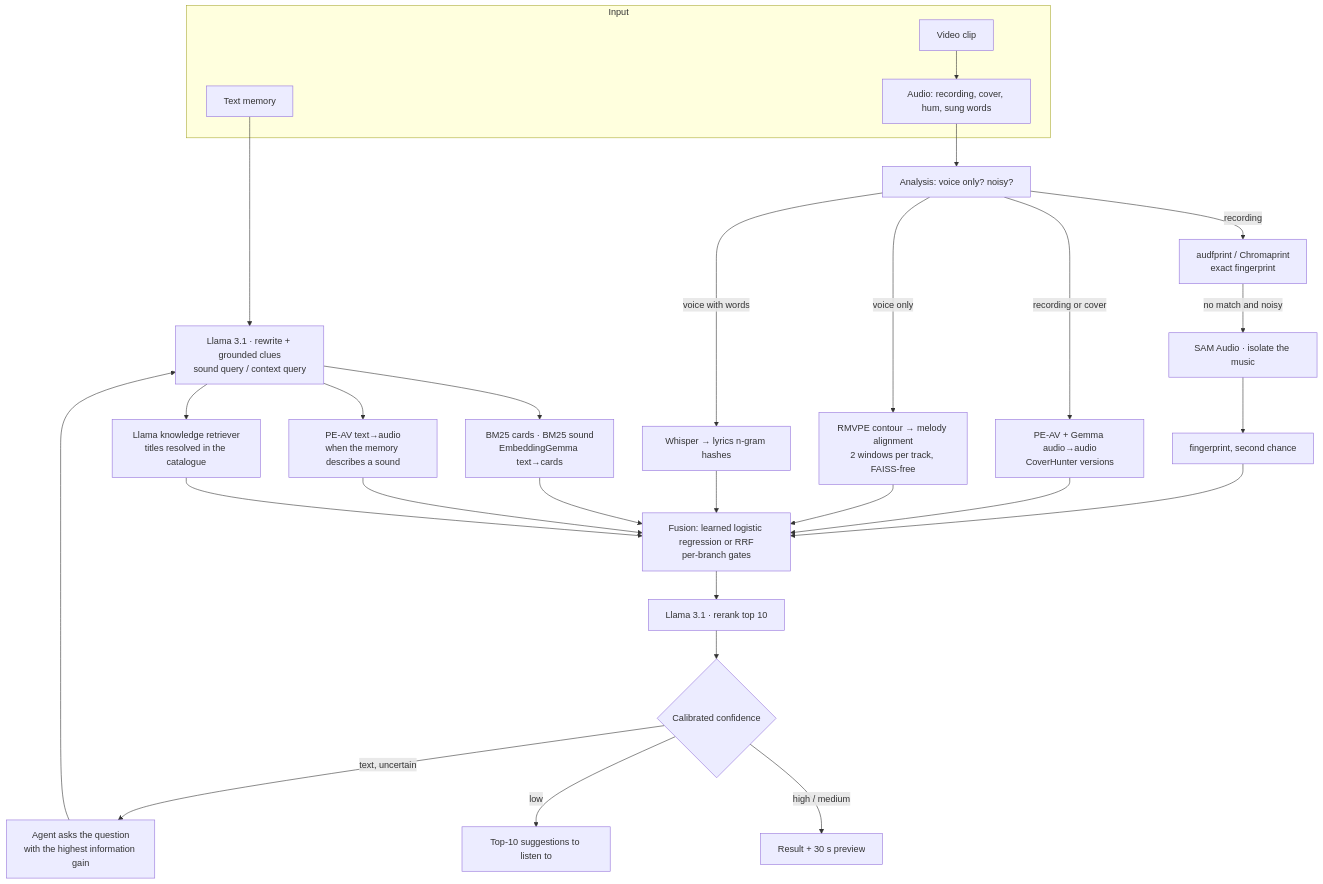
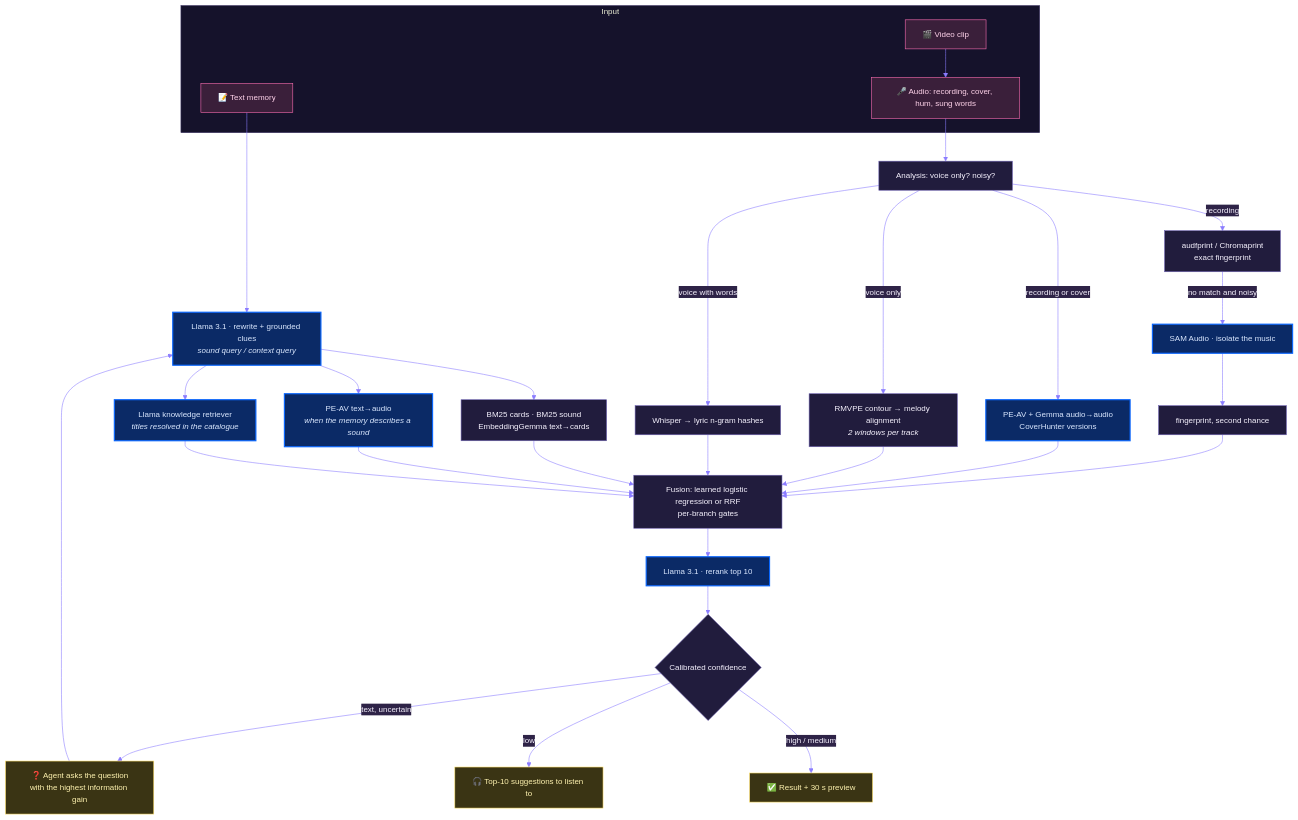
The first of 2 diagrams in README.md (guillaumebeguec/Lalala), drawn with Mermaid before and after one commit. The commit also changed other lines of this file and 9 other files, not shown here.

Commit message:
README: banner with the organiser logos, embedded demo video, styled diagrams and figures from the video

````diff
--- a/README.md
+++ b/README.md
@@ -34,28 +41,34 @@
 ```mermaid
+%%{init: {'theme': 'base', 'themeVariables': {'primaryColor': '#211C3D', 'primaryTextColor': '#F7F3FF', 'primaryBorderColor': '#3a3160', 'lineColor': '#8b7cff', 'secondaryColor': '#2E2347', 'tertiaryColor': '#15122B', 'fontFamily': 'Inter, Helvetica, Arial, sans-serif', 'fontSize': '14px', 'clusterBkg': '#15122B', 'clusterBorder': '#3a3160'}}}%%
 flowchart TB
-    subgraph IN[Input]
-        T[Text memory]
-        A[Audio: recording, cover, hum, sung words]
-        V[Video clip]
+    classDef meta fill:#0b2a66,stroke:#0866FF,color:#dbe8ff,stroke-width:2px
+    classDef input fill:#3a1f3a,stroke:#ff6fb5,color:#ffd3ea
+    classDef out fill:#3a3414,stroke:#FFE066,color:#fff3b0
+    classDef branch fill:#211C3D,stroke:#6b5fb0,color:#F7F3FF
+
+    subgraph IN[" Input "]
+        T[📝 Text memory]:::input
+        A[🎤 Audio: recording, cover, hum, sung words]:::input
+        V[🎬 Video clip]:::input
     end
     V --> A
-    T --> RW[Llama 3.1 · rewrite + grounded clues<br/>sound query / context query]
-    A --> AN[Analysis: voice only? noisy?]
+    T --> RW["Llama 3.1 · rewrite + grounded clues<br/><i>sound query / context query</i>"]:::meta
+    A --> AN[Analysis: voice only? noisy?]:::branch
 
-    RW --> B1[BM25 cards · BM25 sound<br/>EmbeddingGemma text→cards]
-    RW --> B2[PE-AV text→audio<br/>when the memory describes a sound]
-    RW --> B3[Llama knowledge retriever<br/>titles resolved in the catalogue]
+    RW --> B1["BM25 cards · BM25 sound<br/>EmbeddingGemma text→cards"]:::branch
+    RW --> B2["PE-AV text→audio<br/><i>when the memory describes a sound</i>"]:::meta
+    RW --> B3["Llama knowledge retriever<br/><i>titles resolved in the catalogue</i>"]:::meta
 
-    AN -->|recording| FP[audfprint / Chromaprint<br/>exact fingerprint]
-    FP -->|no match and noisy| SAM[SAM Audio · isolate the music] --> FP2[fingerprint, second chance]
-    AN -->|recording or cover| E[PE-AV + Gemma audio→audio<br/>CoverHunter versions]
-    AN -->|voice only| M[RMVPE contour → melody alignment<br/>2 windows per track, FAISS-free]
-    AN -->|voice with words| L[Whisper → lyrics n-gram hashes]
+    AN -->|recording| FP["audfprint / Chromaprint<br/>exact fingerprint"]:::branch
+    FP -->|no match and noisy| SAM["SAM Audio · isolate the music"]:::meta --> FP2[fingerprint, second chance]:::branch
+    AN -->|recording or cover| E["PE-AV + Gemma audio→audio<br/>CoverHunter versions"]:::meta
+    AN -->|voice only| M["RMVPE contour → melody alignment<br/><i>2 windows per track</i>"]:::branch
+    AN -->|voice with words| L["Whisper → lyric n-gram hashes"]:::branch
 
-    B1 & B2 & B3 & FP2 & E & M & L --> F[Fusion: learned logistic regression or RRF<br/>per-branch gates]
-    F --> RR[Llama 3.1 · rerank top 10]
-    RR --> C{Calibrated confidence}
-    C -->|high / medium| R[Result + 30 s preview]
-    C -->|low| S[Top-10 suggestions to listen to]
-    C -->|text, uncertain| Q[Agent asks the question<br/>with the highest information gain] --> RW
+    B1 & B2 & B3 & FP2 & E & M & L --> F["Fusion: learned logistic regression or RRF<br/>per-branch gates"]:::branch
+    F --> RR["Llama 3.1 · rerank top 10"]:::meta
+    RR --> C{Calibrated confidence}:::branch
+    C -->|high / medium| R[✅ Result + 30 s preview]:::out
+    C -->|low| S[🎧 Top-10 suggestions to listen to]:::out
+    C -->|text, uncertain| Q["❓ Agent asks the question<br/>with the highest information gain"]:::out --> RW
 ```
````
